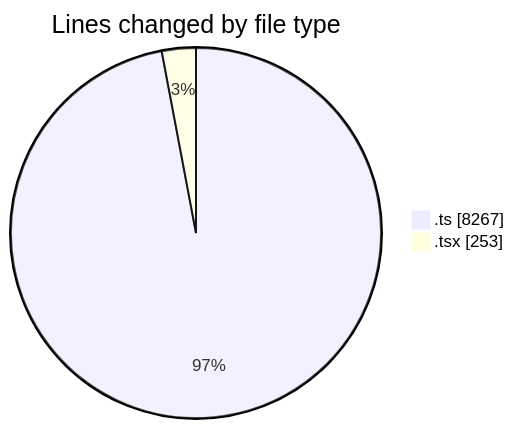
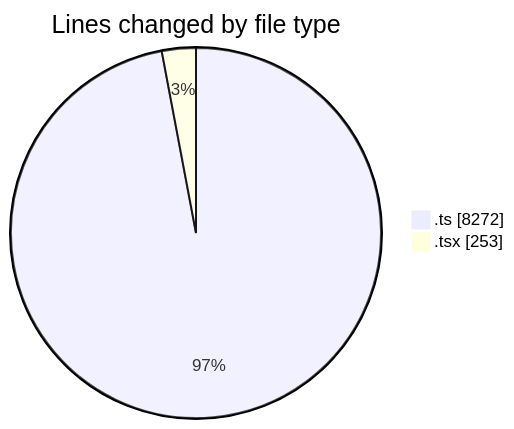
One commit to momahboobian/code-tracking changed the first of 2 diagrams in 2025-07-14/cda/README.md. Above: the diagram before and after it, drawn with Mermaid. The commit also changed other lines of this file and 1 other file, not shown here.

````diff
--- a/2025-07-14/cda/README.md
+++ b/2025-07-14/cda/README.md
@@ -24,6 +24,6 @@
 ```mermaid
 pie showData
 title Lines changed by file type
-".ts" : 8267
+".ts" : 8272
 ".tsx" : 253
 ```
````
